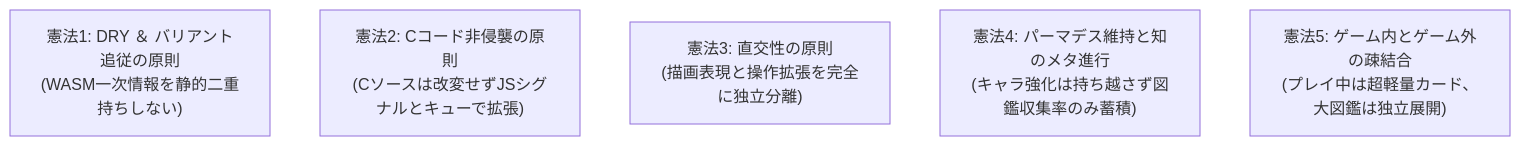
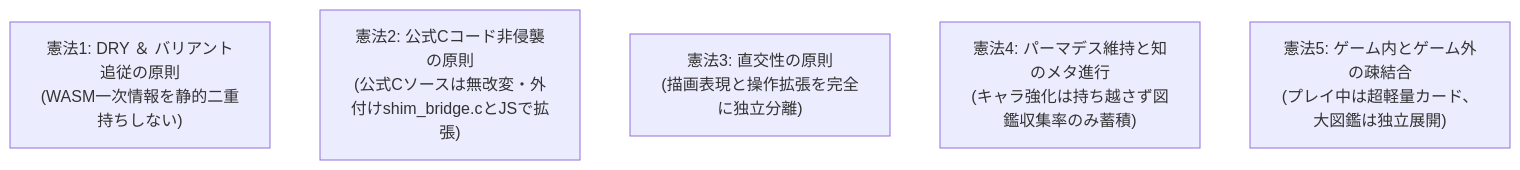
The fourth of 4 diagrams in docs/SYSTEM_CAPABILITIES.md (e3sh/Nethack-wasm-webUI), drawn with Mermaid before and after one commit. The commit also changed other lines of this file and 57 other files, not shown here.

````diff
--- a/docs/SYSTEM_CAPABILITIES.md
+++ b/docs/SYSTEM_CAPABILITIES.md
@@ -269,8 +297,8 @@
 ```mermaid
 graph TD
     Const1["憲法1: DRY ＆ バリアント追従の原則\n(WASM一次情報を静的二重持ちしない)"]
-    Const2["憲法2: Cコード非侵襲の原則\n(Cソースは改変せずJSシグナルとキューで拡張)"]
+    Const2["憲法2: 公式Cコード非侵襲の原則\n(公式Cソースは無改変・外付けshim_bridge.cとJSで拡張)"]
     Const3["憲法3: 直交性の原則\n(描画表現と操作拡張を完全に独立分離)"]
     Const4["憲法4: パーマデス維持と知のメタ進行\n(キャラ強化は持ち越さず図鑑収集率のみ蓄積)"]
     Const5["憲法5: ゲーム内とゲーム外の疎結合\n(プレイ中は超軽量カード、大図鑑は独立展開)"]
 ```
````
